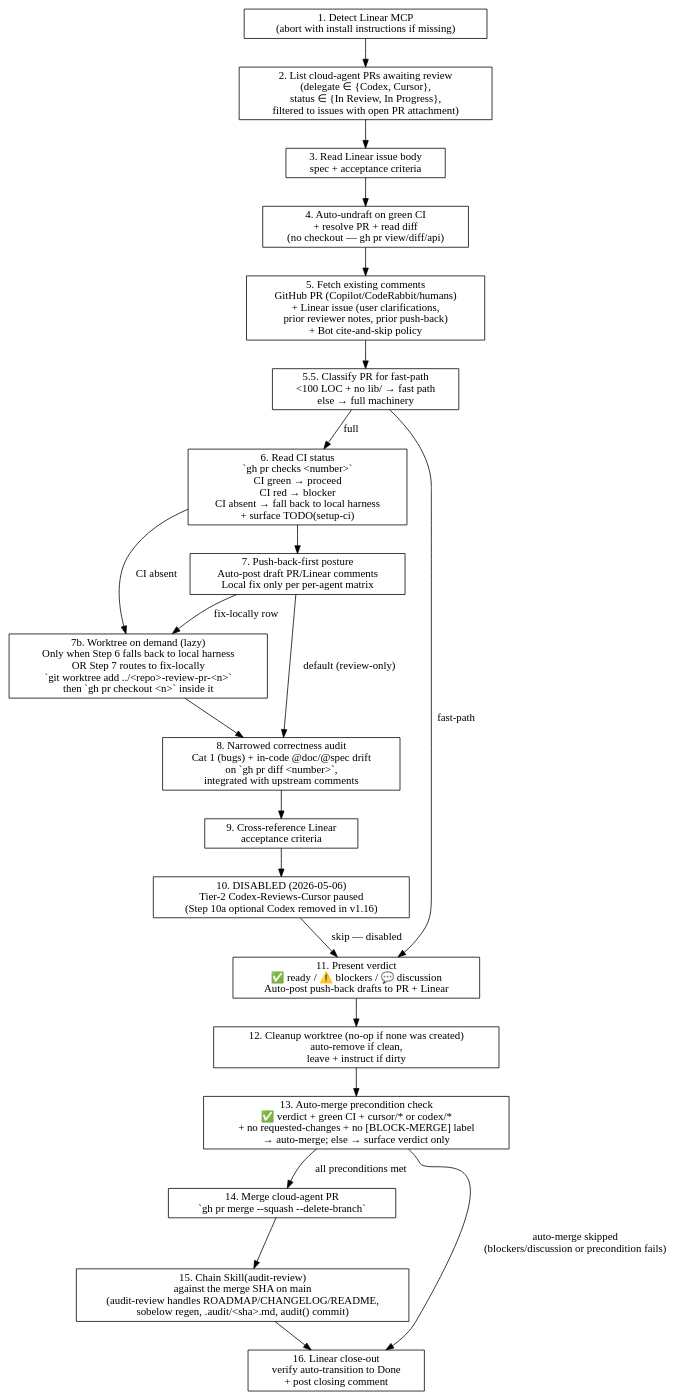
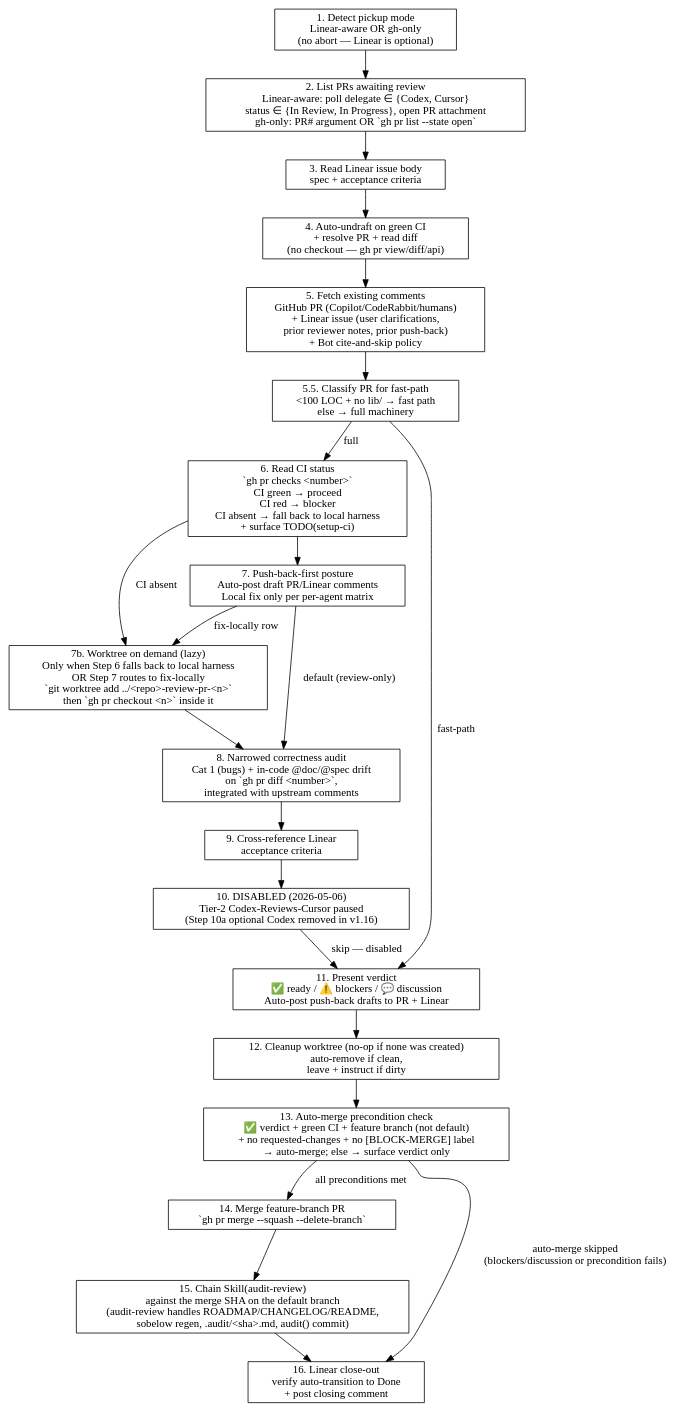
Before and after one commit to ZenHive/claude-marketplace-elixir: the diagram in plugins/staged-review/skills/commit-review/SKILL.md, drawn with Graphviz. The commit also changed other lines of this file and 11 other files, not shown here.

Commit message:
Bump staged-review 1.18.1 → 1.19.0, task-driver 1.1.1 → 1.2.0, cloud-delegation 1.9.2 → 1.10.0: six-phase dev lifecycle (Plan-and-File mode, phase-aware skill headers, Linear-optional commit-review, auto-merge widened to all feature-branch PRs)

````diff
--- a/plugins/staged-review/skills/commit-review/SKILL.md
+++ b/plugins/staged-review/skills/commit-review/SKILL.md
@@ -70,40 +83,40 @@
 ```dot
 digraph commit_review {
   rankdir=TB;
   node [shape=box];
 
-  detect    [label="1. Detect Linear MCP\n(abort with install instructions if missing)"];
-  list      [label="2. List cloud-agent PRs awaiting review\n(delegate ∈ {Codex, Cursor},\nstatus ∈ {In Review, In Progress},\nfiltered to issues with open PR attachment)"];
+  detect    [label="1. Detect pickup mode\nLinear-aware OR gh-only\n(no abort — Linear is optional)"];
+  list      [label="2. List PRs awaiting review\nLinear-aware: poll delegate ∈ {Codex, Cursor}\nstatus ∈ {In Review, In Progress}, open PR attachment\ngh-only: PR# argument OR `gh pr list --state open`"];
   spec      [label="3. Read Linear issue body\nspec + acceptance criteria"];
   resolve   [label="4. Auto-undraft on green CI\n+ resolve PR + read diff\n(no checkout — gh pr view/diff/api)"];
   comments  [label="5. Fetch existing comments\nGitHub PR (Copilot/CodeRabbit/humans)\n+ Linear issue (user clarifications,\nprior reviewer notes, prior push-back)\n+ Bot cite-and-skip policy"];
   classify  [label="5.5. Classify PR for fast-path\n<100 LOC + no lib/ → fast path\nelse → full machinery"];
   ci        [label="6. Read CI status\n`gh pr checks <number>`\nCI green → proceed\nCI red → blocker\nCI absent → fall back to local harness\n+ surface TODO(setup-ci)"];
   pushback  [label="7. Push-back-first posture\nAuto-post draft PR/Linear comments\nLocal fix only per per-agent matrix"];
   worktree  [label="7b. Worktree on demand (lazy)\nOnly when Step 6 falls back to local harness\nOR Step 7 routes to fix-locally\n`git worktree add ../<repo>-review-pr-<n>`\nthen `gh pr checkout <n>` inside it"];
   audit     [label="8. Narrowed correctness audit\nCat 1 (bugs) + in-code @doc/@spec drift\non `gh pr diff <number>`,\nintegrated with upstream comments"];
   cross     [label="9. Cross-reference Linear\nacceptance criteria"];
   delegate  [label="10. DISABLED (2026-05-06)\nTier-2 Codex-Reviews-Cursor paused\n(Step 10a optional Codex removed in v1.16)"];
   verdict   [label="11. Present verdict\n✅ ready / ⚠️ blockers / 💬 discussion\nAuto-post push-back drafts to PR + Linear"];
   cleanup   [label="12. Cleanup worktree (no-op if none was created)\nauto-remove if clean,\nleave + instruct if dirty"];
-  gate      [label="13. Auto-merge precondition check\n✅ verdict + green CI + cursor/* or codex/*\n+ no requested-changes + no [BLOCK-MERGE] label\n→ auto-merge; else → surface verdict only"];
-  merge     [label="14. Merge cloud-agent PR\n`gh pr merge --squash --delete-branch`"];
-  audit_chain [label="15. Chain Skill(audit-review)\nagainst the merge SHA on main\n(audit-review handles ROADMAP/CHANGELOG/README,\nsobelow regen, .audit/<sha>.md, audit() commit)"];
+  gate      [label="13. Auto-merge precondition check\n✅ verdict + green CI + feature branch (not default)\n+ no requested-changes + no [BLOCK-MERGE] label\n→ auto-merge; else → surface verdict only"];
+  merge     [label="14. Merge feature-branch PR\n`gh pr merge --squash --delete-branch`"];
+  audit_chain [label="15. Chain Skill(audit-review)\nagainst the merge SHA on the default branch\n(audit-review handles ROADMAP/CHANGELOG/README,\nsobelow regen, .audit/<sha>.md, audit() commit)"];
   close     [label="16. Linear close-out\nverify auto-transition to Done\n+ post closing comment"];
 
   detect -> list -> spec -> resolve -> comments -> classify;
   classify -> ci [label="full"];
   classify -> verdict [label="fast-path"];
   ci -> pushback;
   ci -> worktree [label="CI absent"];
   pushback -> worktree [label="fix-locally row"];
   pushback -> audit [label="default (review-only)"];
   worktree -> audit;
   audit -> cross -> delegate;
   delegate -> verdict [label="skip — disabled"];
   verdict -> cleanup -> gate;
   gate -> merge [label="all preconditions met"];
   gate -> close [label="auto-merge skipped\n(blockers/discussion or precondition fails)"];
   merge -> audit_chain -> close;
 }
 ```
````
